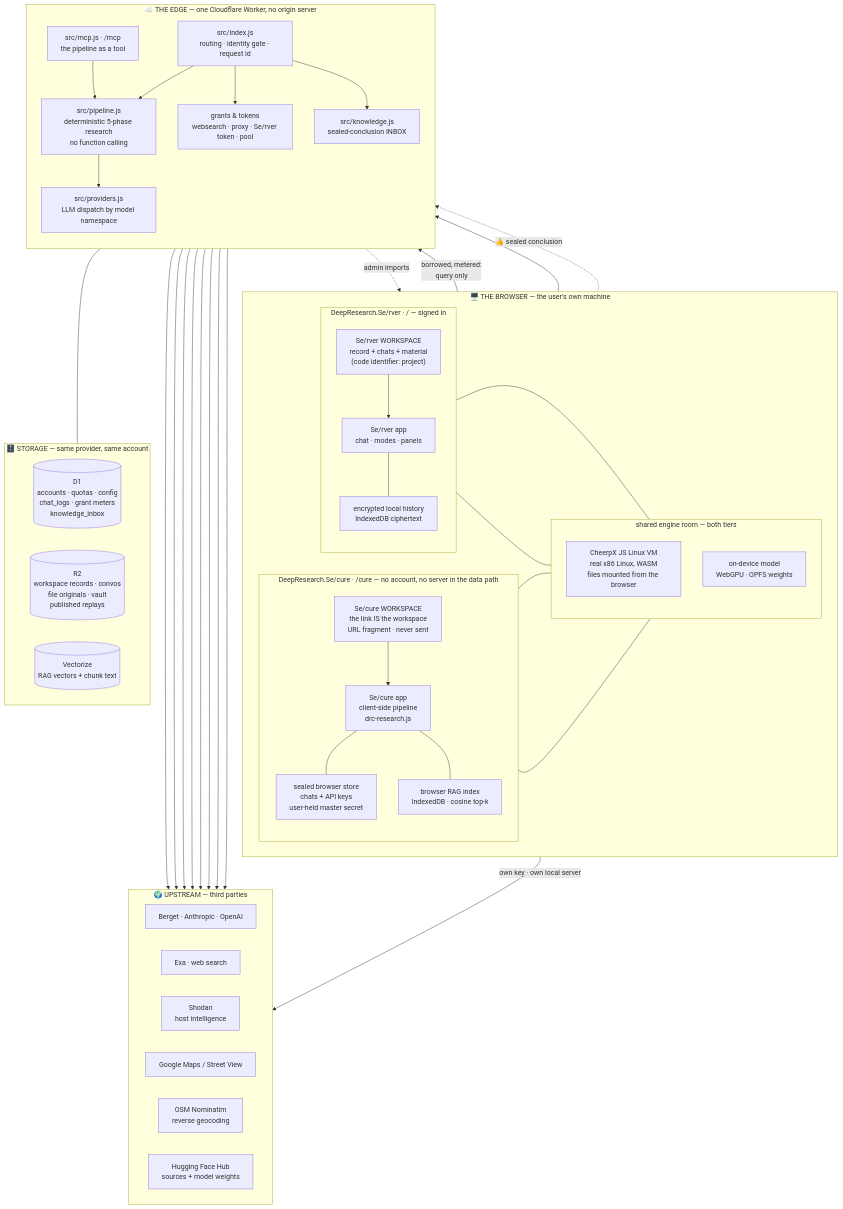
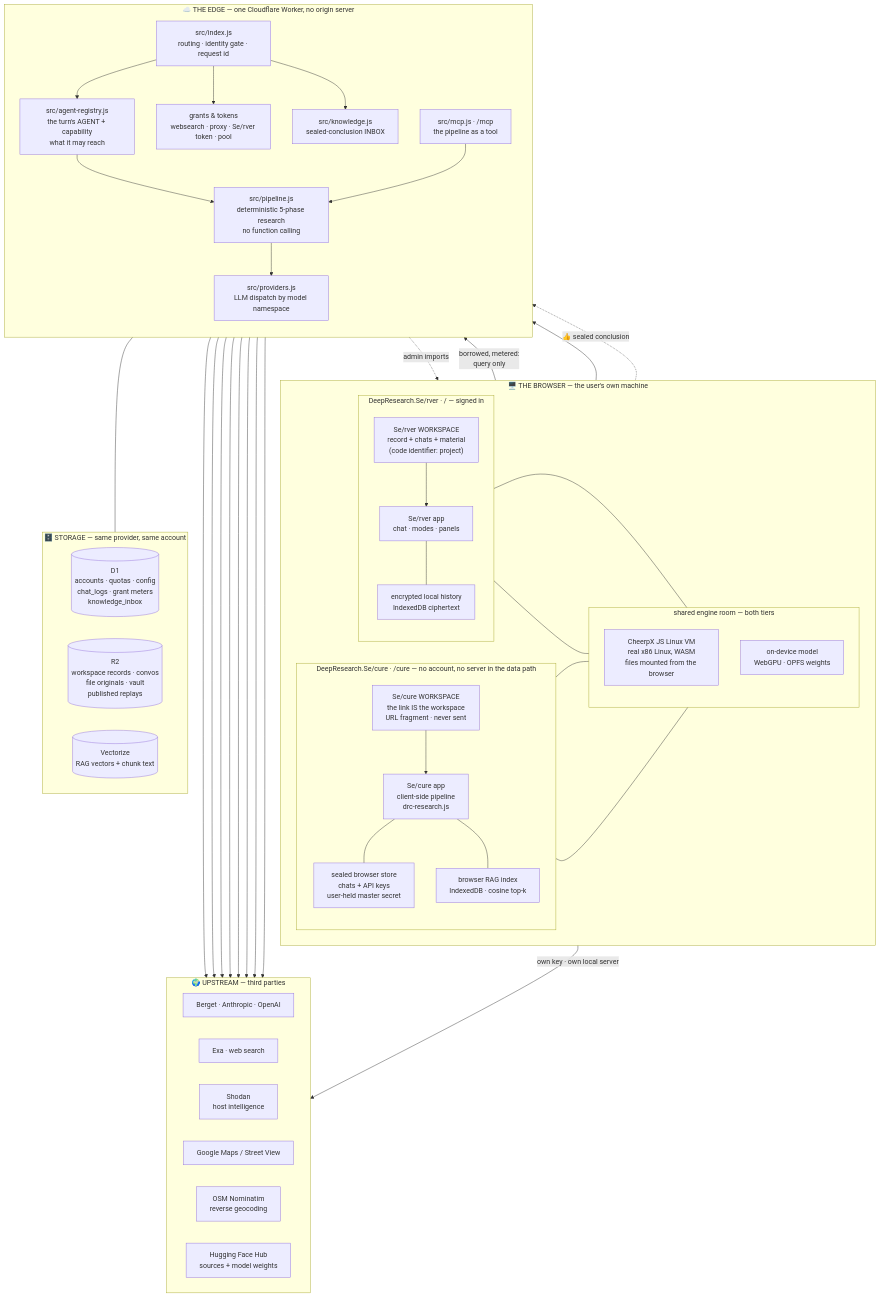
The first of 4 diagrams in docs/ARCHITECTURE.md (kristerhedfors/Deepresearch.se), drawn with Mermaid before and after one commit. The commit also changed other lines of this file and 5 other files, not shown here.

````diff
--- a/docs/ARCHITECTURE.md
+++ b/docs/ARCHITECTURE.md
@@ -66,71 +66,72 @@
 ```mermaid
 flowchart TB
     subgraph BROWSER["🖥️ THE BROWSER — the user's own machine"]
         direction LR
         subgraph SEC["DeepResearch.Se/cure · /cure — no account, no server in the data path"]
             direction TB
             SECAPP["Se/cure app<br/>client-side pipeline<br/>drc-research.js"]
             SECWS["Se/cure WORKSPACE<br/>the link IS the workspace<br/>URL fragment · never sent"]
             SECST["sealed browser store<br/>chats + API keys<br/>user-held master secret"]
             SECRAG["browser RAG index<br/>IndexedDB · cosine top-k"]
         end
         subgraph SRV["DeepResearch.Se/rver · / — signed in"]
             direction TB
             SRVAPP["Se/rver app<br/>chat · modes · panels"]
             SRVWS["Se/rver WORKSPACE<br/>record + chats + material<br/>(code identifier: project)"]
             SRVST["encrypted local history<br/>IndexedDB ciphertext"]
         end
         subgraph SHARED["shared engine room — both tiers"]
             direction TB
             CX["CheerpX JS Linux VM<br/>real x86 Linux, WASM<br/>files mounted from the browser"]
             ODV["on-device model<br/>WebGPU · OPFS weights"]
         end
     end
 
     subgraph EDGE["☁️ THE EDGE — one Cloudflare Worker, no origin server"]
         direction TB
         IX["src/index.js<br/>routing · identity gate · request id"]
+        AGT["src/agent-registry.js<br/>the turn's AGENT + capability<br/>what it may reach"]
         PIPE["src/pipeline.js<br/>deterministic 5-phase research<br/>no function calling"]
         PROV["src/providers.js<br/>LLM dispatch by model namespace"]
         GRANT["grants & tokens<br/>websearch · proxy · Se/rver token · pool"]
         KNOW["src/knowledge.js<br/>sealed-conclusion INBOX"]
         MCPX["src/mcp.js · /mcp<br/>the pipeline as a tool"]
     end
 
     subgraph STORE["🗄️ STORAGE — same provider, same account"]
         direction LR
         D1[("D1<br/>accounts · quotas · config<br/>chat_logs · grant meters<br/>knowledge_inbox")]
         R2[("R2<br/>workspace records · convos<br/>file originals · vault<br/>published replays")]
         VX[("Vectorize<br/>RAG vectors + chunk text")]
     end
 
     subgraph UP["🌍 UPSTREAM — third parties"]
         direction LR
         LLM["Berget · Anthropic · OpenAI"]
         EXA["Exa · web search"]
         SHO["Shodan<br/>host intelligence"]
         MAPS["Google Maps / Street View"]
         NOM["OSM Nominatim<br/>reverse geocoding"]
         HF["Hugging Face Hub<br/>sources + model weights"]
     end
 
     SECAPP -->|"own key · own local server"| LLM
     SECAPP -->|"borrowed, metered:<br/>query only"| GRANT
     SECWS --> SECAPP
     SECAPP --- SECST & SECRAG
     SECAPP --- CX & ODV
 
     SRVAPP --> IX
     SRVWS --> SRVAPP
     SRVAPP --- SRVST
     SRVAPP --- CX & ODV
-    IX --> PIPE --> PROV --> LLM
+    IX --> AGT --> PIPE --> PROV --> LLM
     PIPE --> EXA & SHO & MAPS & NOM & HF
     IX --> GRANT --> EXA & LLM
     IX --> KNOW
     MCPX --> PIPE
     EDGE --- STORE
 
     SECAPP -.->|"👍 sealed conclusion"| KNOW
     KNOW -.->|"admin imports"| SRVAPP
 ```
````
